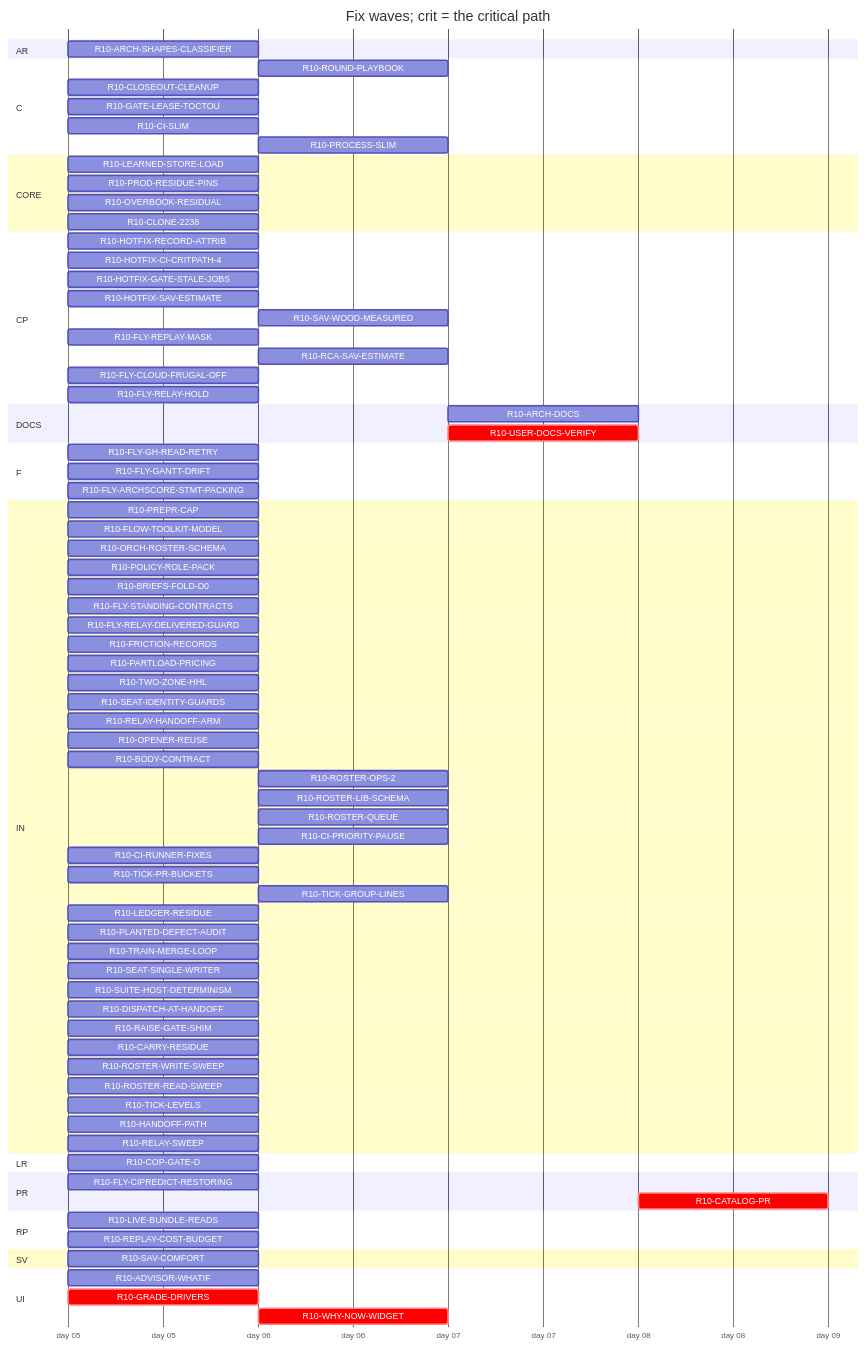
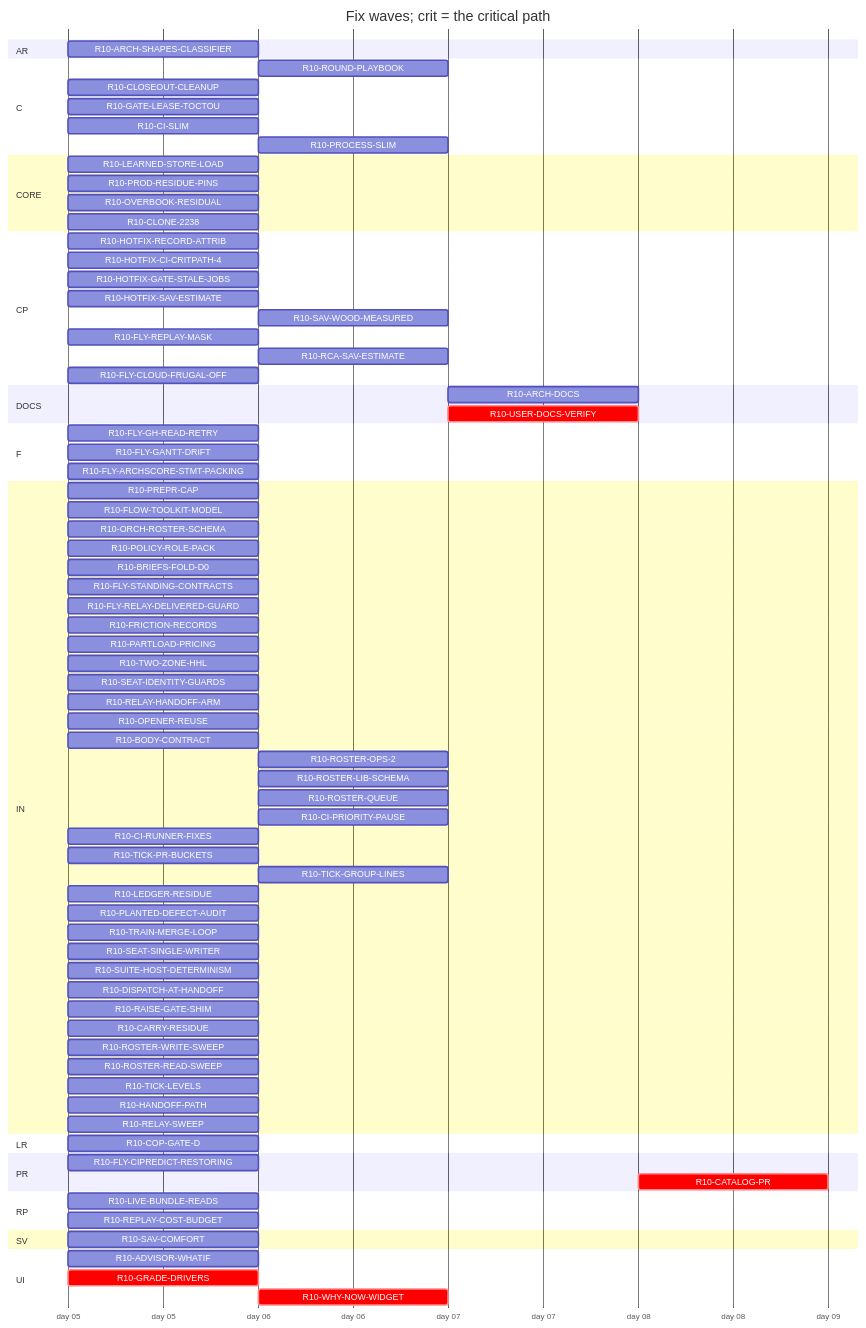
Before and after one commit to tvofi/heatpump_optimizer: the diagram in handoff/round10/state/PLAN-TABLE.md, drawn with Mermaid. The commit also changed other lines of this file and 3 other files, not shown here.

Commit message:
state: FLOW-BOARD.md, NEXT-SESSION-PROMPT.md, PLAN-TABLE.md, RESUME-CURRENT.md regenerated (state_docs.py)

```diff
--- a/handoff/round10/state/PLAN-TABLE.md
+++ b/handoff/round10/state/PLAN-TABLE.md
@@ -49,7 +49,6 @@
     R10-FLY-REPLAY-MASK :r10FLYREPLAYMASK, 2026-01-05, 1d
     R10-RCA-SAV-ESTIMATE :r10RCASAVESTIMATE, after r10HOTFIXSAVESTIMATE, 1d
     R10-FLY-CLOUD-FRUGAL-OFF :r10FLYCLOUDFRUGALOFF, 2026-01-05, 1d
-    R10-FLY-RELAY-HOLD :r10FLYRELAYHOLD, 2026-01-05, 1d
   section DOCS
     R10-ARCH-DOCS :r10ARCHDOCS, after r10CARRYRESIDUE r10OVERBOOKRESIDUAL r10CLONE2238 r10SAVCOMFORT r10COPGATED r10GRADEDRIVERS r10WHYNOWWIDGET r10PARTLOADPRICING r10TWOZONEHHL r10ARCHSHAPESCLASSIFIER r10ADVISORWHATIF r10LEARNEDSTORELOAD r10PRODRESIDUEPINS r10LIVEBUNDLEREADS r10REPLAYCOSTBUDGET r10PREPRCAP r10HANDOFFPATH r10RELAYSWEEP r10TRAINMERGELOOP r10DISPATCHATHANDOFF r10BODYCONTRACT r10TICKLEVELS r10CIPRIORITYPAUSE r10ROSTERWRITESWEEP r10ROSTERREADSWEEP r10FLYSTANDINGCONTRACTS r10POLICYROLEPACK r10FRICTIONRECORDS r10FLOWTOOLKITMODEL r10SEATIDENTITYGUARDS r10LEDGERRESIDUE r10CIRUNNERFIXES r10FLYCIPREDICTRESTORING r10RAISEGATESHIM r10PLANTEDDEFECTAUDIT r10FLYGHREADRETRY r10SUITEHOSTDETERMINISM, 1d
     R10-USER-DOCS-VERIFY :crit, r10USERDOCSVERIFY, after r10CARRYRESIDUE r10OVERBOOKRESIDUAL r10CLONE2238 r10SAVCOMFORT r10COPGATED r10GRADEDRIVERS r10WHYNOWWIDGET r10PARTLOADPRICING r10TWOZONEHHL r10ARCHSHAPESCLASSIFIER r10ADVISORWHATIF r10LEARNEDSTORELOAD r10PRODRESIDUEPINS r10LIVEBUNDLEREADS r10REPLAYCOSTBUDGET, 1d
```
